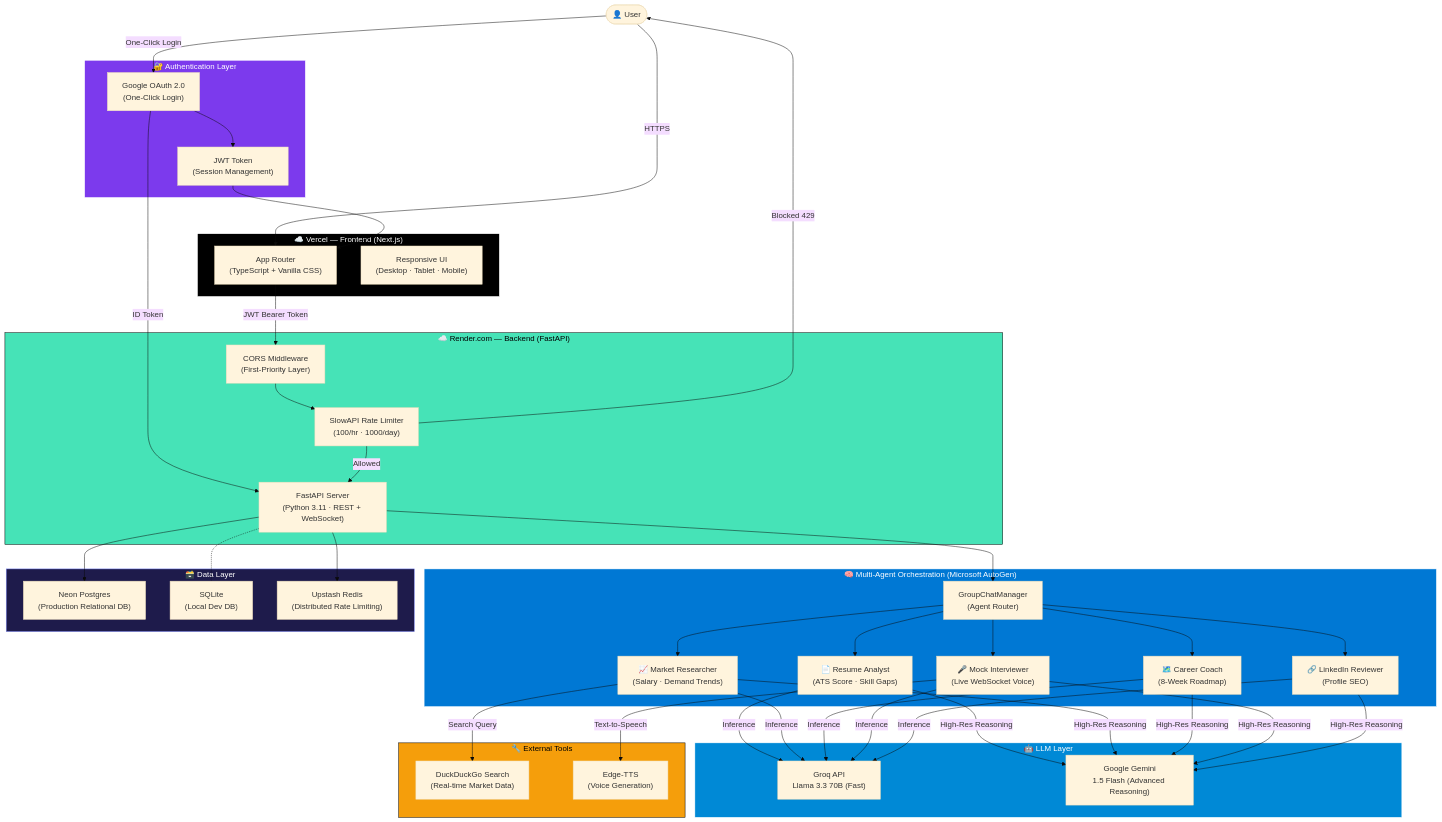
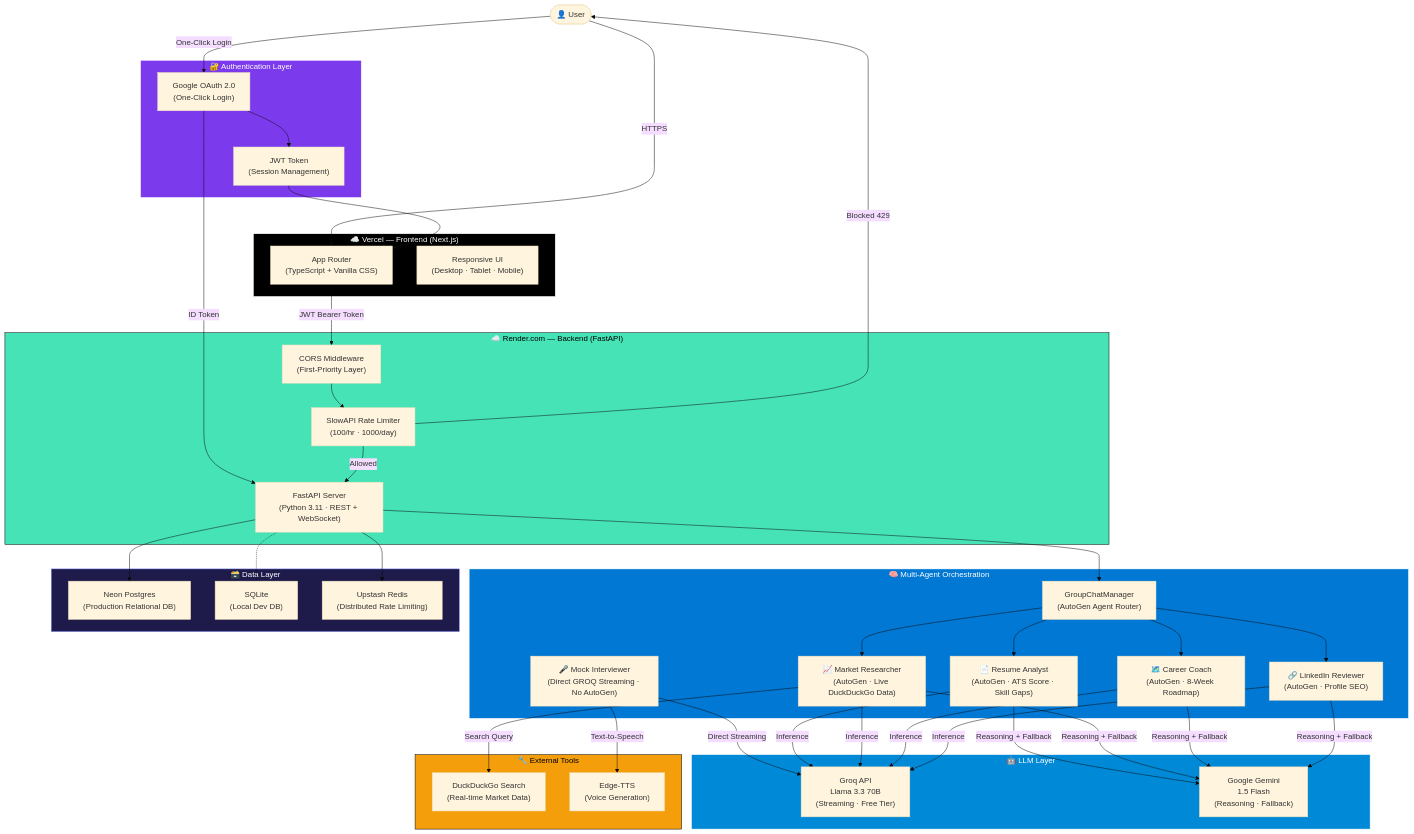
One commit to Anil-Pradhan-web/ai-career-mentor changed the diagram in README.md. Above: the diagram before and after it, drawn with Mermaid (base theme). The commit also changed other lines of this file, not shown here.

Commit message:
docs: comprehensive README upgrade - streaming interviews, production hardening, updated architecture

````diff
--- a/README.md
+++ b/README.md
@@ -64,72 +64,73 @@
 ```mermaid
 flowchart TD
     User(["👤 User"])
 
     subgraph Auth ["🔐 Authentication Layer"]
         GOOGLE["Google OAuth 2.0\n(One-Click Login)"]
         JWT["JWT Token\n(Session Management)"]
     end
 
     subgraph Vercel ["☁️ Vercel — Frontend (Next.js)"]
         FE["App Router\n(TypeScript + Vanilla CSS)"]
         RESP["Responsive UI\n(Desktop · Tablet · Mobile)"]
     end
 
     subgraph Render ["☁️ Render.com — Backend (FastAPI)"]
         CORS["CORS Middleware\n(First-Priority Layer)"]
         RATE["SlowAPI Rate Limiter\n(100/hr · 1000/day)"]
         API["FastAPI Server\n(Python 3.11 · REST + WebSocket)"]
     end
 
-    subgraph Agents ["🧠 Multi-Agent Orchestration (Microsoft AutoGen)"]
-        ORCH["GroupChatManager\n(Agent Router)"]
-        A1["📄 Resume Analyst\n(ATS Score · Skill Gaps)"]
-        A2["📈 Market Researcher\n(Salary · Demand Trends)"]
-        A3["🗺️ Career Coach\n(8-Week Roadmap)"]
-        A4["🎤 Mock Interviewer\n(Live WebSocket Voice)"]
-        A5["🔗 LinkedIn Reviewer\n(Profile SEO)"]
+    subgraph Agents ["🧠 Multi-Agent Orchestration"]
+        ORCH["GroupChatManager\n(AutoGen Agent Router)"]
+        A1["📄 Resume Analyst\n(AutoGen · ATS Score · Skill Gaps)"]
+        A2["📈 Market Researcher\n(AutoGen · Live DuckDuckGo Data)"]
+        A3["🗺️ Career Coach\n(AutoGen · 8-Week Roadmap)"]
+        A4["🎤 Mock Interviewer\n(Direct GROQ Streaming · No AutoGen)"]
+        A5["🔗 LinkedIn Reviewer\n(AutoGen · Profile SEO)"]
     end
 
     subgraph LLM ["🤖 LLM Layer"]
-        GROQ["Groq API\nLlama 3.3 70B (Fast)"]
-        GOOGLE_AI["Google Gemini\n1.5 Flash (Advanced Reasoning)"]
+        GROQ["Groq API\nLlama 3.3 70B\n(Streaming · Free Tier)"]
+        GOOGLE_AI["Google Gemini\n1.5 Flash\n(Reasoning · Fallback)"]
     end
 
     subgraph Tools ["🔧 External Tools"]
         DDG["DuckDuckGo Search\n(Real-time Market Data)"]
         TTS["Edge-TTS\n(Voice Generation)"]
     end
 
     subgraph DB ["🗃️ Data Layer"]
         POSTGRES["Neon Postgres\n(Production Relational DB)"]
         SQLITE["SQLite\n(Local Dev DB)"]
         REDIS["Upstash Redis\n(Distributed Rate Limiting)"]
     end
 
     User -->|"HTTPS"| FE
     User -->|"One-Click Login"| GOOGLE
     GOOGLE -->|"ID Token"| API
     FE -->|"JWT Bearer Token"| CORS
     CORS --> RATE
     RATE -->|"Allowed"| API
     RATE -->|"Blocked 429"| User
     API --> ORCH
-    ORCH --> A1 & A2 & A3 & A4 & A5
-    A1 & A2 & A3 & A4 & A5 -->|"Inference"| GROQ
-    A1 & A2 & A3 & A4 & A5 -->|"High-Res Reasoning"| GOOGLE_AI
+    ORCH --> A1 & A2 & A3 & A5
+    A4 -->|"Direct Streaming"| GROQ
+    A1 & A2 & A3 & A5 -->|"Inference"| GROQ
+    A1 & A2 & A3 & A5 -->|"Reasoning + Fallback"| GOOGLE_AI
     A2 -->|"Search Query"| DDG
     A4 -->|"Text-to-Speech"| TTS
     API --> POSTGRES
     API -.- SQLITE
     API --> REDIS
     GOOGLE --> JWT
     JWT --> FE
 
     style Vercel fill:#000,stroke:#fff,color:#fff
     style Render fill:#46E3B7,stroke:#000,color:#000
     style Agents fill:#0078D4,stroke:#fff,color:#fff
     style LLM fill:#0089D6,stroke:#fff,color:#fff
     style DB fill:#1e1b4b,stroke:#818cf8,color:#fff
     style Auth fill:#7c3aed,stroke:#fff,color:#fff
     style Tools fill:#f59e0b,stroke:#000,color:#000
 ```
````
